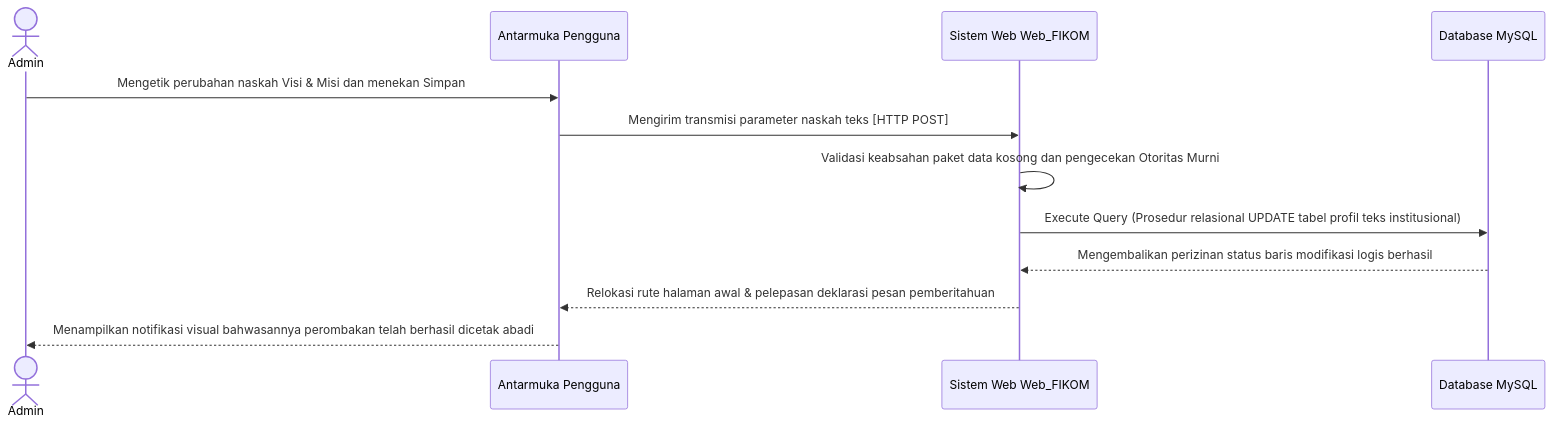
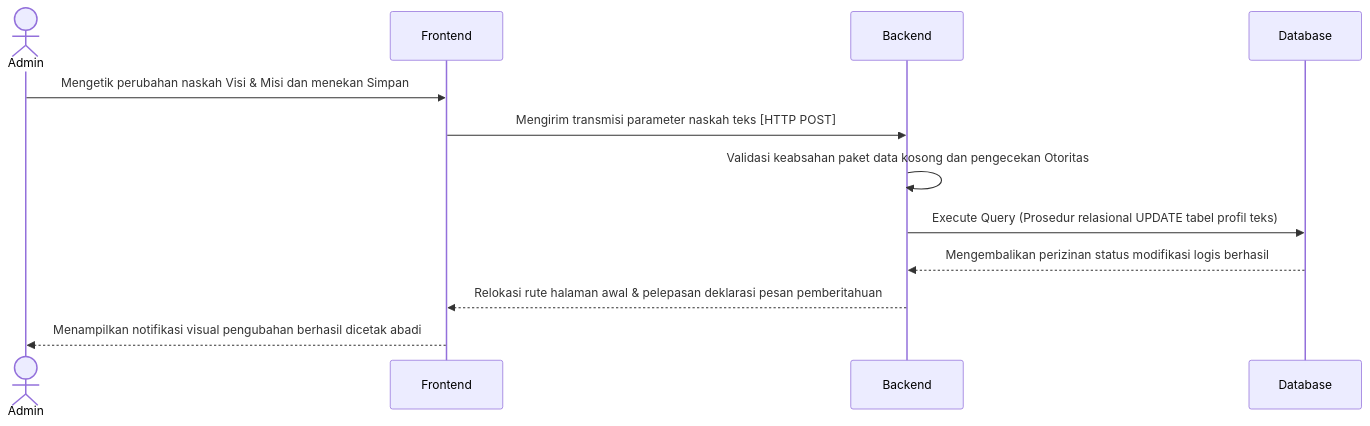
Before and after one commit to arbain-dev/Web_fikom: the first of 4 diagrams in docs/02_DIAGRAM_URUTAN_SEQUENCE.md, drawn with Mermaid. The commit also changed other lines of this file, not shown here.

Commit message:
docs: mengubah nomenklatur entitas diagram sequence menjadi murni 3 pilar (Frontend, Backend, Database)

````diff
--- a/docs/02_DIAGRAM_URUTAN_SEQUENCE.md
+++ b/docs/02_DIAGRAM_URUTAN_SEQUENCE.md
@@ -9,15 +9,15 @@
 ```mermaid
 sequenceDiagram
     actor Admin
-    participant Antarmuka as Antarmuka Pengguna
-    participant Sistem as Sistem Web Web_FIKOM
-    participant Database as Database MySQL
+    participant Frontend as Frontend
+    participant Backend as Backend
+    participant Database as Database
     
-    Admin->>Antarmuka: Mengetik perubahan naskah Visi & Misi dan menekan Simpan
-    Antarmuka->>Sistem: Mengirim transmisi parameter naskah teks [HTTP POST]
-    Sistem->>Sistem: Validasi keabsahan paket data kosong dan pengecekan Otoritas Murni
-    Sistem->>Database: Execute Query (Prosedur relasional UPDATE tabel profil teks institusional)
-    Database-->>Sistem: Mengembalikan perizinan status baris modifikasi logis berhasil
-    Sistem-->>Antarmuka: Relokasi rute halaman awal & pelepasan deklarasi pesan pemberitahuan
-    Antarmuka-->>Admin: Menampilkan notifikasi visual bahwasannya perombakan telah berhasil dicetak abadi
+    Admin->>Frontend: Mengetik perubahan naskah Visi & Misi dan menekan Simpan
+    Frontend->>Backend: Mengirim transmisi parameter naskah teks [HTTP POST]
+    Backend->>Backend: Validasi keabsahan paket data kosong dan pengecekan Otoritas
+    Backend->>Database: Execute Query (Prosedur relasional UPDATE tabel profil teks)
+    Database-->>Backend: Mengembalikan perizinan status modifikasi logis berhasil
+    Backend-->>Frontend: Relokasi rute halaman awal & pelepasan deklarasi pesan pemberitahuan
+    Frontend-->>Admin: Menampilkan notifikasi visual pengubahan berhasil dicetak abadi
 ```
````
